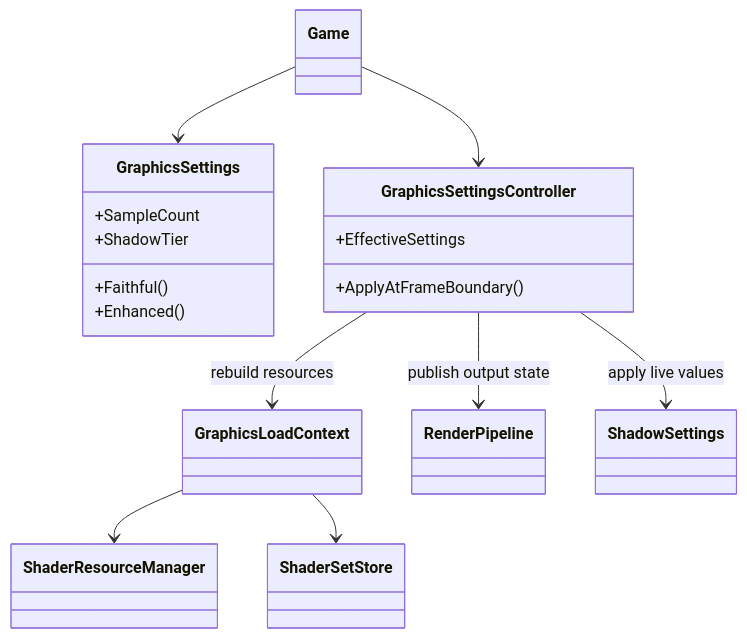
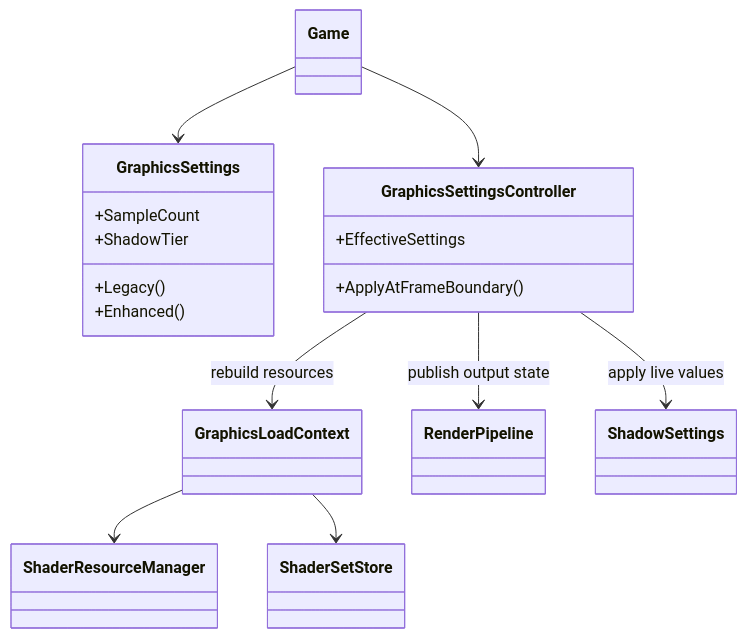
One commit to rmessinger/Panopticon changed the first of 2 diagrams in docs/roadmap/deep-dives/g2-graphics-settings-presets.md. Above: the diagram before and after it, drawn with Mermaid. The commit also changed other lines of this file and 39 other files, not shown here.

Commit message:
feat(graphics): default to Enhanced preset and rename Faithful to Legacy

````diff
--- a/docs/roadmap/deep-dives/g2-graphics-settings-presets.md
+++ b/docs/roadmap/deep-dives/g2-graphics-settings-presets.md
@@ -76,26 +79,26 @@
 ```mermaid
 classDiagram
   class Game
   class GraphicsSettings {
-    +Faithful()
+    +Legacy()
     +Enhanced()
     +SampleCount
     +ShadowTier
   }
   class GraphicsSettingsController {
     +ApplyAtFrameBoundary()
     +EffectiveSettings
   }
   class GraphicsLoadContext
   class ShaderResourceManager
   class ShaderSetStore
   class RenderPipeline
   class ShadowSettings
   Game --> GraphicsSettings
   Game --> GraphicsSettingsController
   GraphicsSettingsController --> GraphicsLoadContext : rebuild resources
   GraphicsLoadContext --> ShaderResourceManager
   GraphicsLoadContext --> ShaderSetStore
   GraphicsSettingsController --> RenderPipeline : publish output state
   GraphicsSettingsController --> ShadowSettings : apply live values
 ```
````
